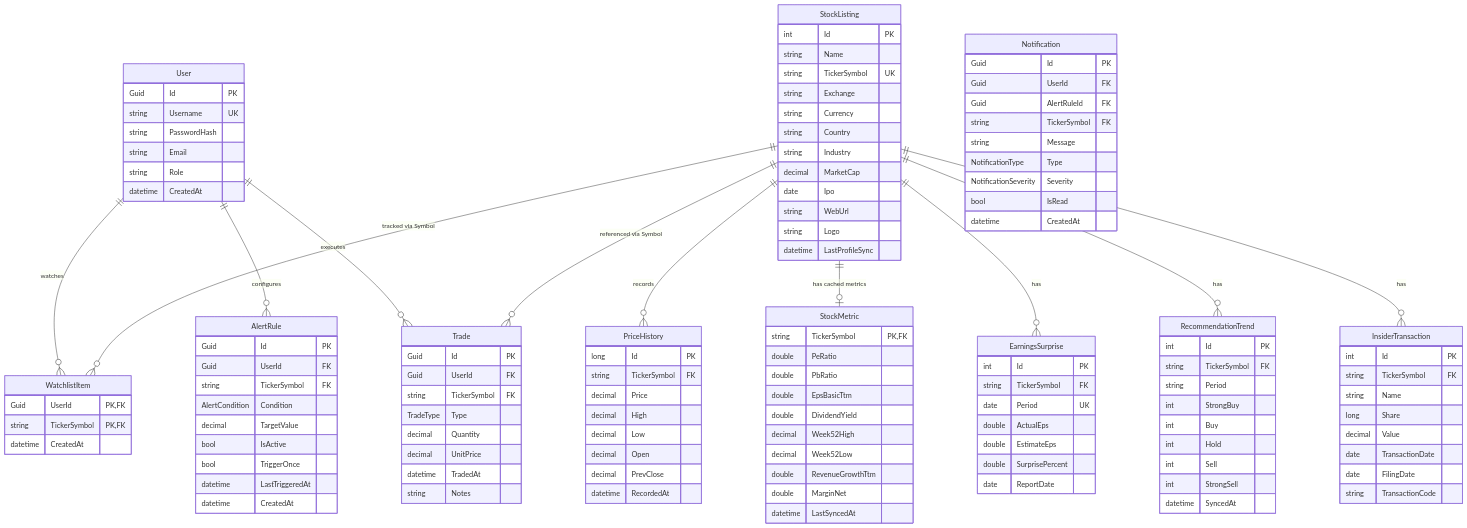
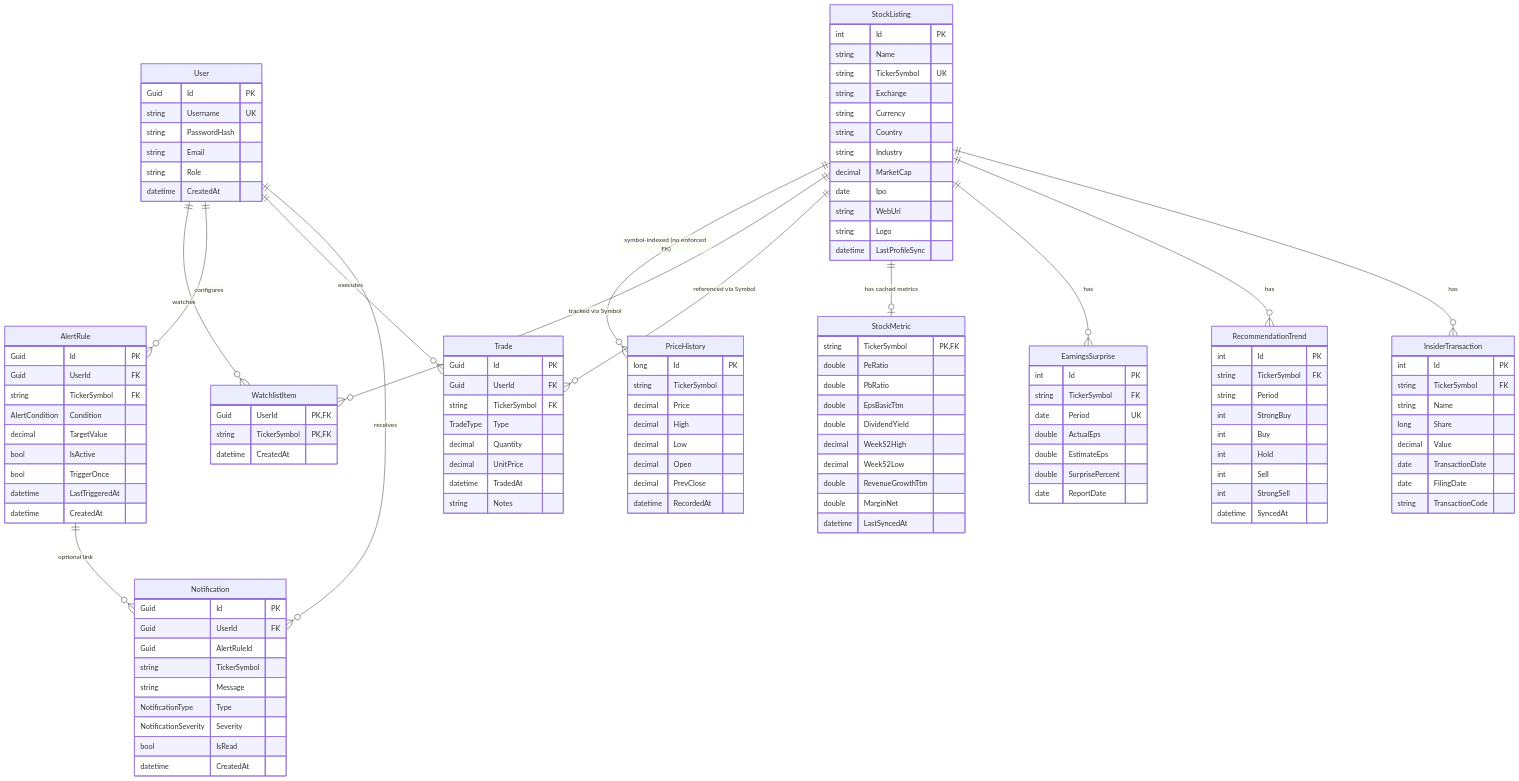
The first of 2 diagrams in InventoryAlert.Wiki/docs/03-data-model/data-model.md (nhonvo/InvestManagementSystem), drawn with Mermaid before and after one commit. The commit also changed other lines of this file and 69 other files, not shown here.

```diff
--- a/InventoryAlert.Wiki/docs/03-data-model/data-model.md
+++ b/InventoryAlert.Wiki/docs/03-data-model/data-model.md
@@ -7,14 +11,16 @@
     User ||--o{ WatchlistItem : watches
     User ||--o{ AlertRule : configures
     User ||--o{ Trade : executes
+    User ||--o{ Notification : receives
 
-    StockListing ||--o{ PriceHistory : records
+    StockListing ||--o{ PriceHistory : "symbol-indexed (no enforced FK)"
     StockListing ||--o{ WatchlistItem : "tracked via Symbol"
     StockListing ||--o{ Trade : "referenced via Symbol"
     StockListing ||--o| StockMetric : "has cached metrics"
     StockListing ||--o{ EarningsSurprise : has
     StockListing ||--o{ RecommendationTrend : has
     StockListing ||--o{ InsiderTransaction : has
+    AlertRule ||--o{ Notification : "optional link"
 
     User {
         Guid Id PK
@@ -66,7 +72,7 @@
     }
     PriceHistory {
         long Id PK
-        string TickerSymbol FK
+        string TickerSymbol
         decimal Price
         decimal High
         decimal Low
@@ -119,8 +125,8 @@
     Notification {
         Guid Id PK
         Guid UserId FK
-        Guid AlertRuleId FK
-        string TickerSymbol FK
+        Guid AlertRuleId
+        string TickerSymbol
         string Message
         NotificationType Type
         NotificationSeverity Severity
```
